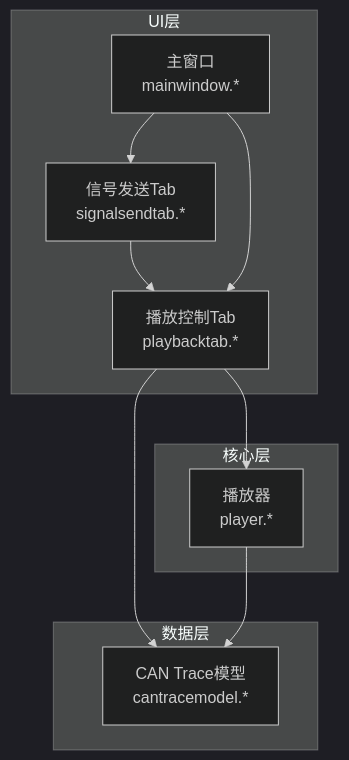
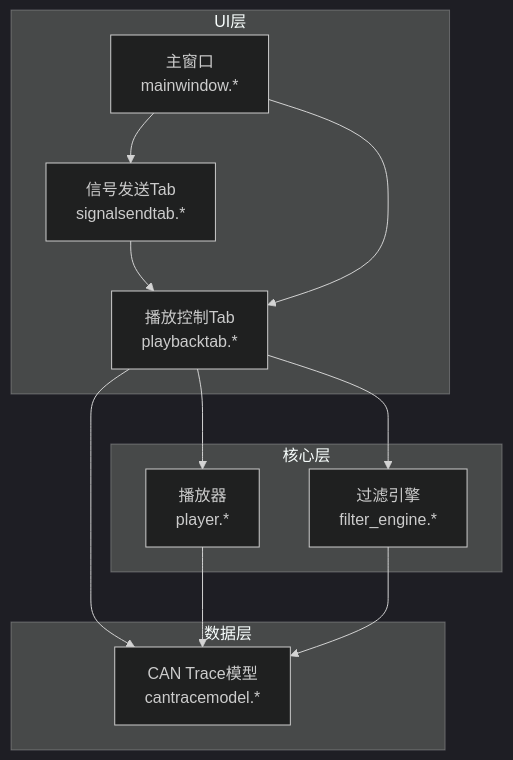
The first of 6 diagrams in .qoder/repowiki/zh/content/架构设计/UI系统设计/播放控制Tab组件.md (jakecai1225-design/OpenBus), drawn with Mermaid (dark theme) before and after one commit. The commit also changed other lines of this file and 13 other files, not shown here.

````diff
--- a/.qoder/repowiki/zh/content/架构设计/UI系统设计/播放控制Tab组件.md
+++ b/.qoder/repowiki/zh/content/架构设计/UI系统设计/播放控制Tab组件.md
@@ -46,20 +49,23 @@
 ```mermaid
 graph TB
 subgraph "UI层"
 PlaybackTab["播放控制Tab<br/>playbacktab.*"]
 SignalSendTab["信号发送Tab<br/>signalsendtab.*"]
 MainWindow["主窗口<br/>mainwindow.*"]
 end
 subgraph "核心层"
 Player["播放器<br/>player.*"]
+FilterEngine["过滤引擎<br/>filter_engine.*"]
 end
 subgraph "数据层"
 TraceModel["CAN Trace模型<br/>cantracemodel.*"]
 end
 PlaybackTab --> Player
+PlaybackTab --> FilterEngine
 PlaybackTab --> TraceModel
 SignalSendTab --> PlaybackTab
 MainWindow --> PlaybackTab
 MainWindow --> SignalSendTab
 Player --> TraceModel
+FilterEngine --> TraceModel
 ```
````
